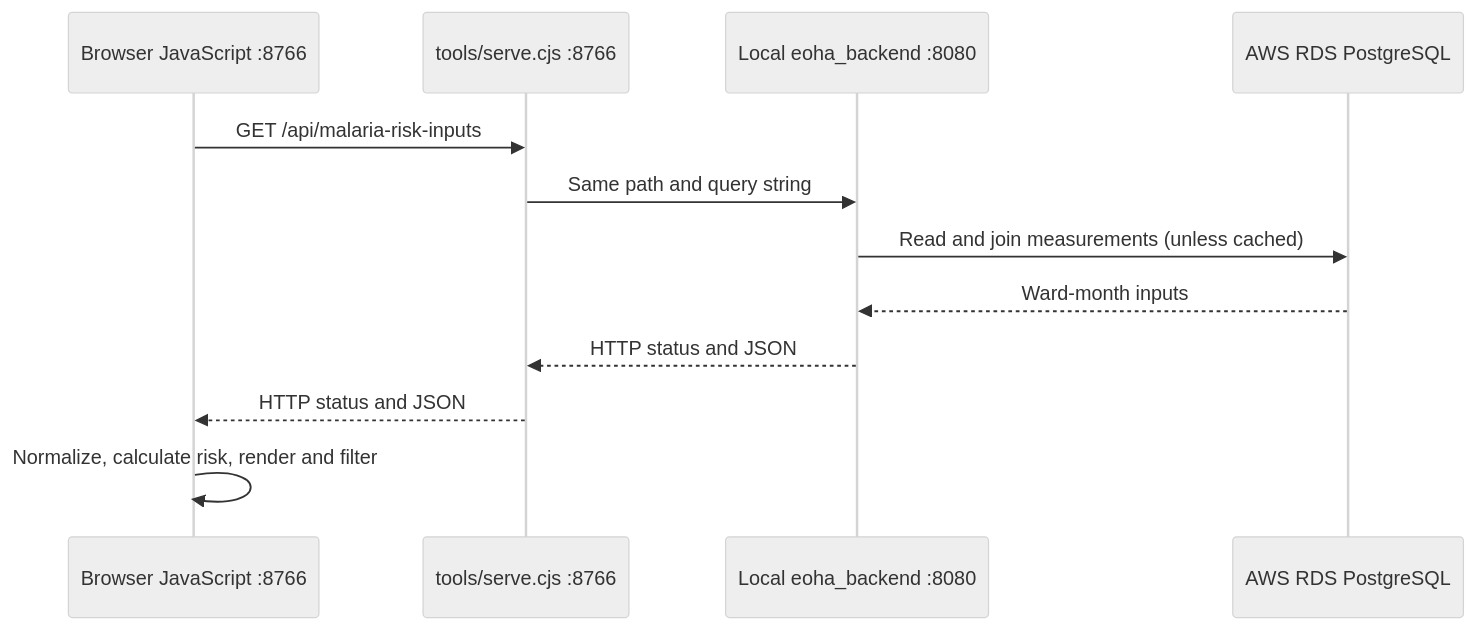
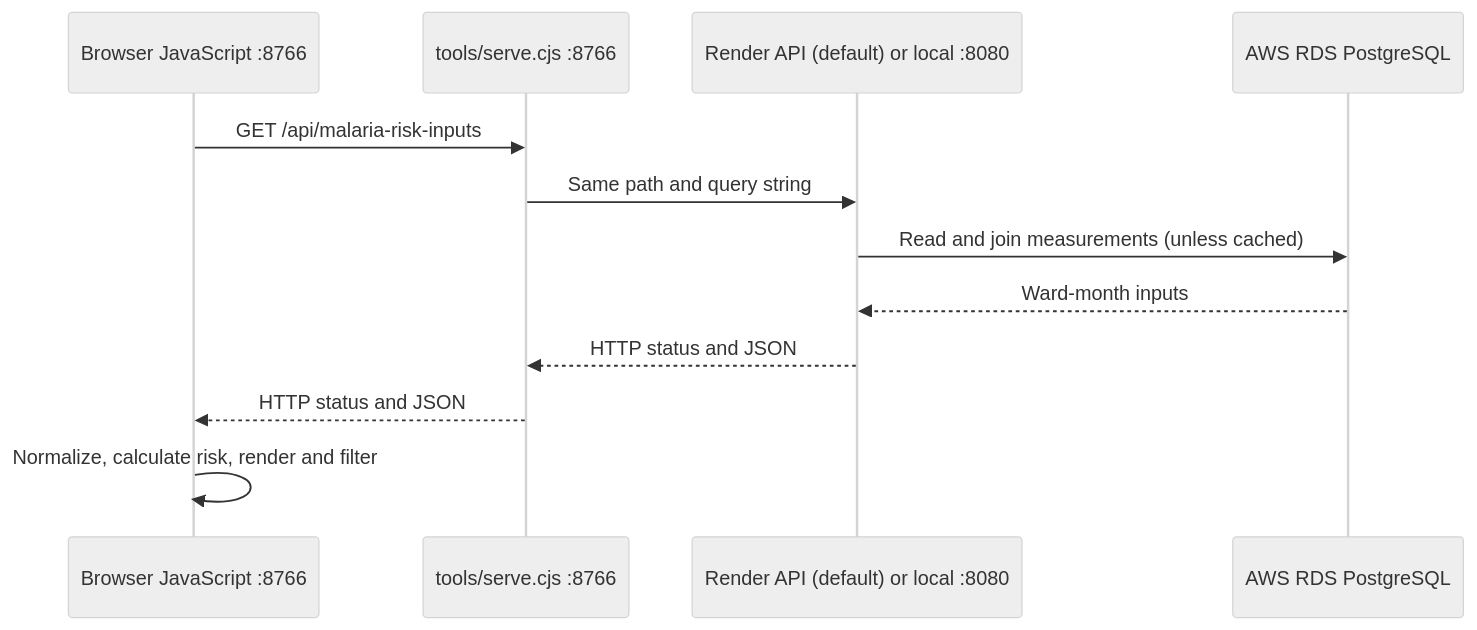
Before and after one commit to MEDICONSORTIUM/eoha-prototype: the diagram in README.md, drawn with Mermaid (neutral theme). The commit also changed other lines of this file and 9 other files, not shown here.

Commit message:
Use hosted Render API by default with optional local profile

````diff
--- a/README.md
+++ b/README.md
@@ -130,14 +200,14 @@
 ```mermaid
 sequenceDiagram
     participant Browser as Browser JavaScript :8766
     participant Node as tools/serve.cjs :8766
-    participant Backend as Local eoha_backend :8080
+    participant Backend as Render API (default) or local :8080
     participant Database as AWS RDS PostgreSQL
     Browser->>Node: GET /api/malaria-risk-inputs
     Node->>Backend: Same path and query string
     Backend->>Database: Read and join measurements (unless cached)
     Database-->>Backend: Ward-month inputs
     Backend-->>Node: HTTP status and JSON
     Node-->>Browser: HTTP status and JSON
     Browser->>Browser: Normalize, calculate risk, render and filter
 ```
````
